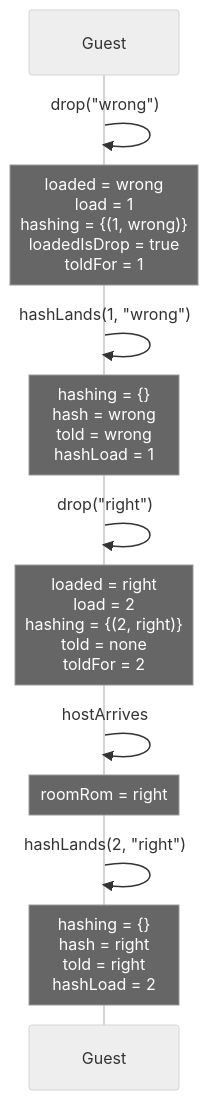
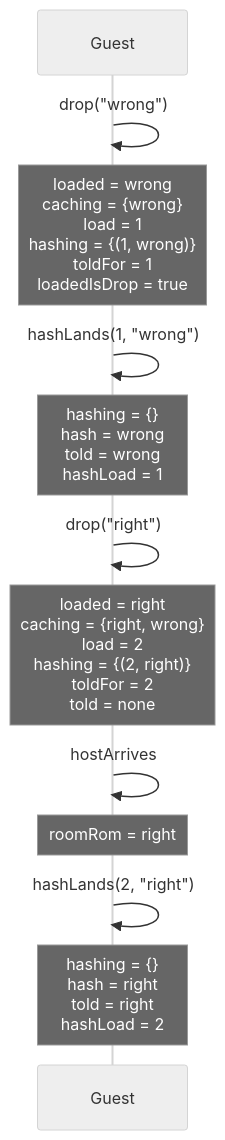
Diagram 20 of 27 in docs/spec-traces.md (kwilson21/kaillera-next), drawn with Mermaid (neutral theme) before and after one commit. The commit also changed other lines of this file and 11 other files, not shown here.

````diff
--- a/docs/spec-traces.md
+++ b/docs/spec-traces.md
@@ -570,14 +570,14 @@
 ```mermaid
 sequenceDiagram
   participant Guest
   Guest->>Guest: drop("wrong")
-  Note over Guest: loaded = wrong<br/>load = 1<br/>hashing = {(1, wrong)}<br/>loadedIsDrop = true<br/>toldFor = 1
+  Note over Guest: loaded = wrong<br/>caching = {wrong}<br/>load = 1<br/>hashing = {(1, wrong)}<br/>toldFor = 1<br/>loadedIsDrop = true
   Guest->>Guest: hashLands(1, "wrong")
   Note over Guest: hashing = {}<br/>hash = wrong<br/>told = wrong<br/>hashLoad = 1
   Guest->>Guest: drop("right")
-  Note over Guest: loaded = right<br/>load = 2<br/>hashing = {(2, right)}<br/>told = none<br/>toldFor = 2
+  Note over Guest: loaded = right<br/>caching = {right, wrong}<br/>load = 2<br/>hashing = {(2, right)}<br/>toldFor = 2<br/>told = none
   Guest->>Guest: hostArrives
   Note over Guest: roomRom = right
   Guest->>Guest: hashLands(2, "right")
   Note over Guest: hashing = {}<br/>hash = right<br/>told = right<br/>hashLoad = 2
 ```
````
